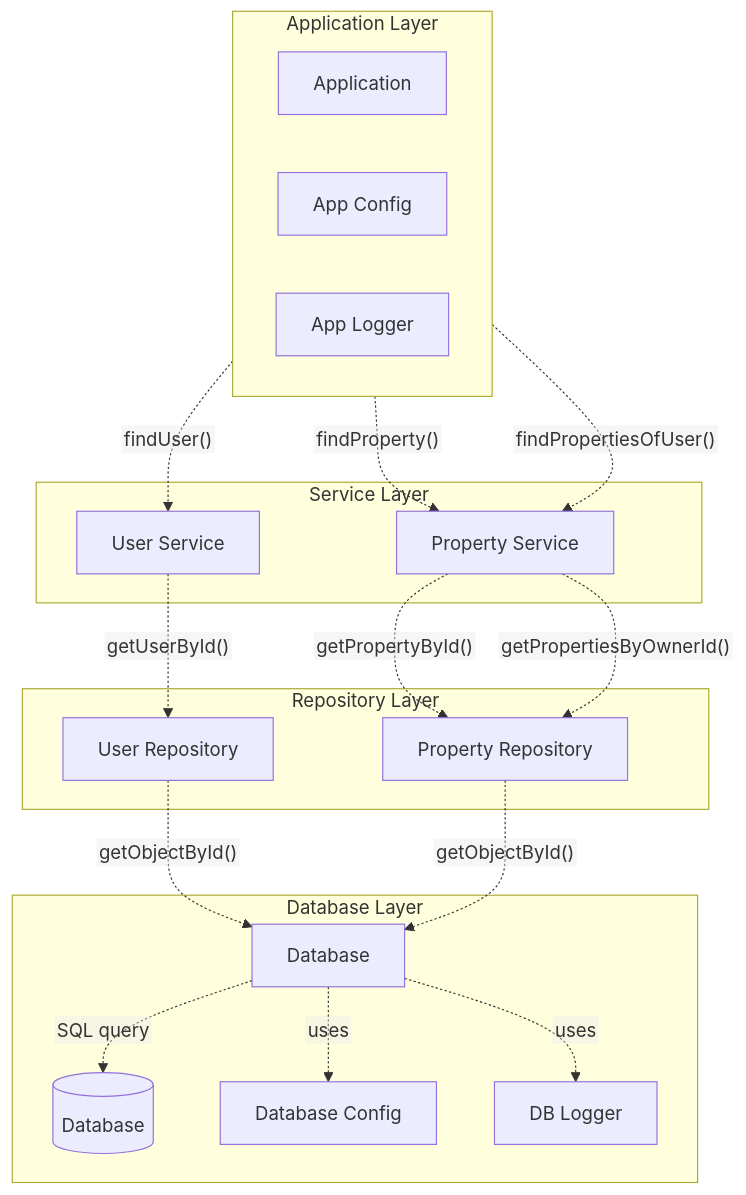
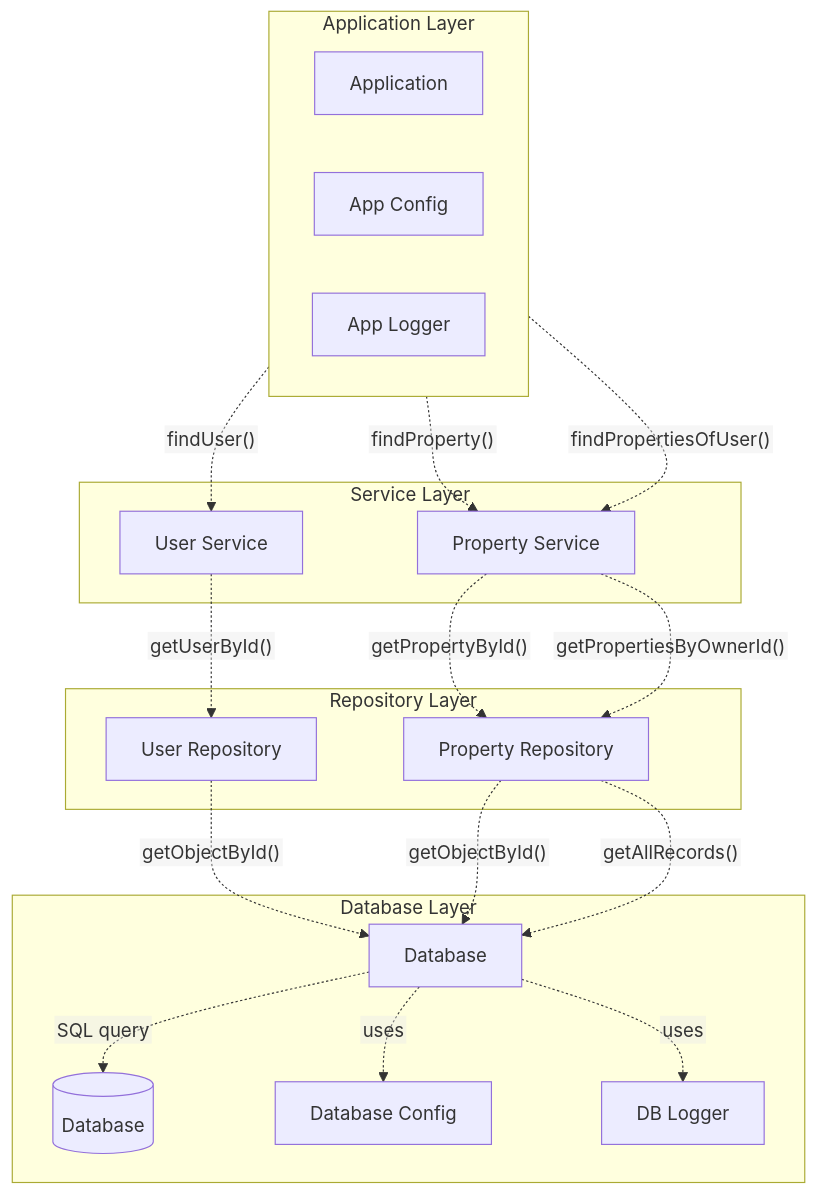
The diagram in README.md (HivemindTechnologies/zlayers-article), drawn with Mermaid before and after one commit. The commit also changed other lines of this file, not shown here.

Commit message:
Add arrow in diagram

````diff
--- a/README.md
+++ b/README.md
@@ -10,36 +10,33 @@
 ```mermaid
 %%{init: {"flowchart": {"htmlLabels": false}} }%%
 flowchart TB
-subgraph appLayer["Application Layer"]
-    direction LR
-    app["Application"]
-    appConfig["App Config"]
-    appLogger["App Logger"]
-end
+    subgraph appLayer["Application Layer"]
+        direction LR
+        app["Application"]
+        appConfig["App Config"]
+        appLogger["App Logger"]
+    end
 
-subgraph serviceLayer["Service Layer"]
-    propService["Property Service"]
-    userService["User Service"]
-end
+    subgraph serviceLayer["Service Layer"]
+        propService["Property Service"]
+        userService["User Service"]
+    end
 
-subgraph repoLayer["Repository Layer"]
-    userRepo["User Repository"]
-    propRepo["Property Repository"]
-end
+    subgraph repoLayer["Repository Layer"]
+        userRepo["User Repository"]
+        propRepo["Property Repository"]
+    end
 
-subgraph dbLayer["Database Layer"]
-    database["Database"]
-    db[(Database)]
-    dbConfig["Database Config"]
-    dbLogger["DB Logger"]
-end
+    subgraph dbLayer["Database Layer"]
+        database["Database"]
+        db[(Database)]
+        dbConfig["Database Config"]
+        dbLogger["DB Logger"]
+    end
 
-app -. "findUser()" .-> userService -. "getUserById()" .-> userRepo -. "getObjectById()" .-> database -. "SQL query" .-> db
-
-app -. "findProperty()" .-> propService -. "getPropertyById()" .-> propRepo -. "getObjectById()" .-> database
-
-app -. "findPropertiesOfUser()" .-> propService -. "getPropertiesByOwnerId()" .-> propRepo
-
-database -. "uses" .-> dbLogger
-database -. "uses" .-> dbConfig
+    app -. " findUser() " .-> userService -. " getUserById() " .-> userRepo -. " getObjectById() " .-> database -. " SQL query " .-> db
+    app -. " findProperty() " .-> propService -. " getPropertyById() " .-> propRepo -. " getObjectById() " .-> database
+    app -. " findPropertiesOfUser() " .-> propService -. " getPropertiesByOwnerId() " .-> propRepo -. " getAllRecords() " .-> database
+    database -. " uses " .-> dbLogger
+    database -. " uses " .-> dbConfig
 ```
````
